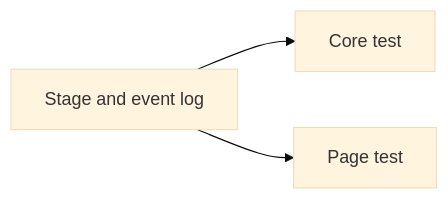
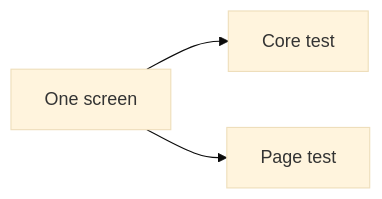
Before and after one commit to p10ns11y/visualizer: the diagram in docs/CRITICAL-FLOWS.md, drawn with Mermaid (base theme). The commit also changed other lines of this file and 47 other files, not shown here.

First line of the commit message:
Map each mode and stage to one view (#19)

````diff
--- a/docs/CRITICAL-FLOWS.md
+++ b/docs/CRITICAL-FLOWS.md
@@ -3,5 +3,5 @@
 ```mermaid
 flowchart LR
-  screen[Stage and event log] --> coreTest[Core test]
+  screen[One screen] --> coreTest[Core test]
   screen --> pageTest[Page test]
 ```
````
